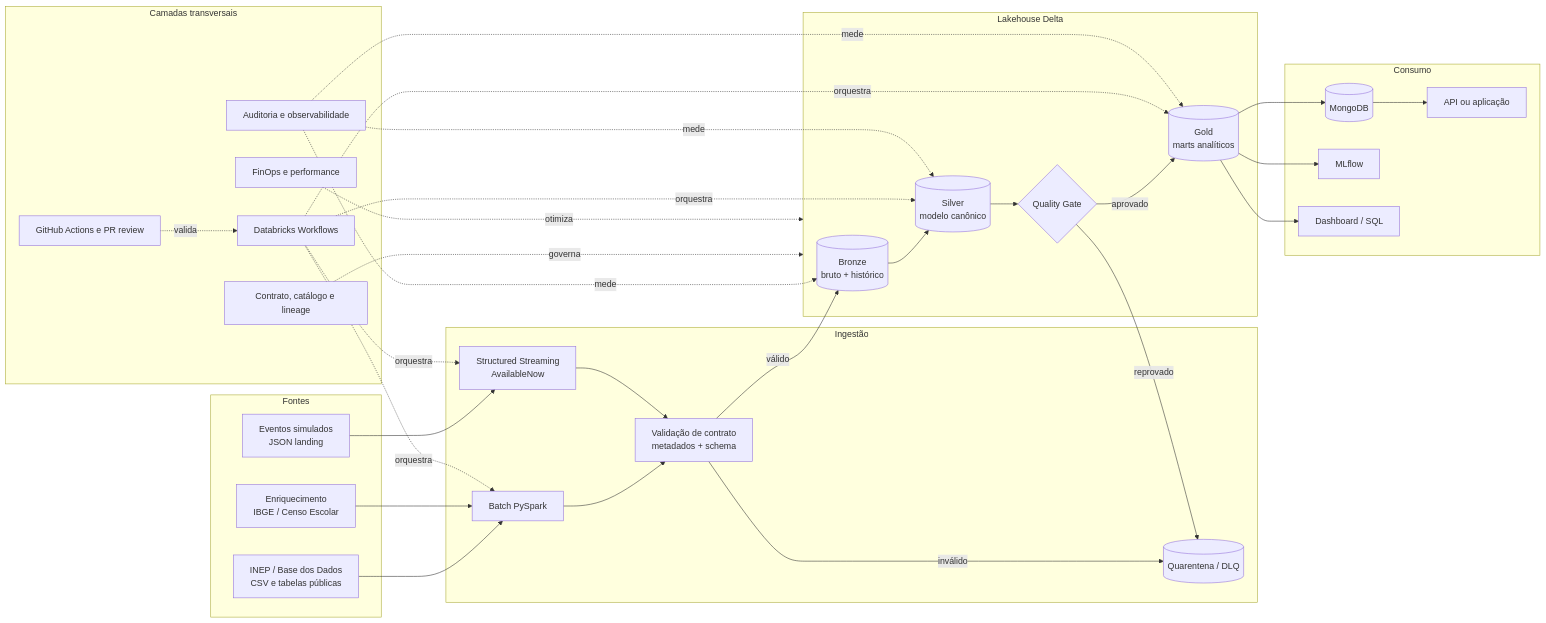
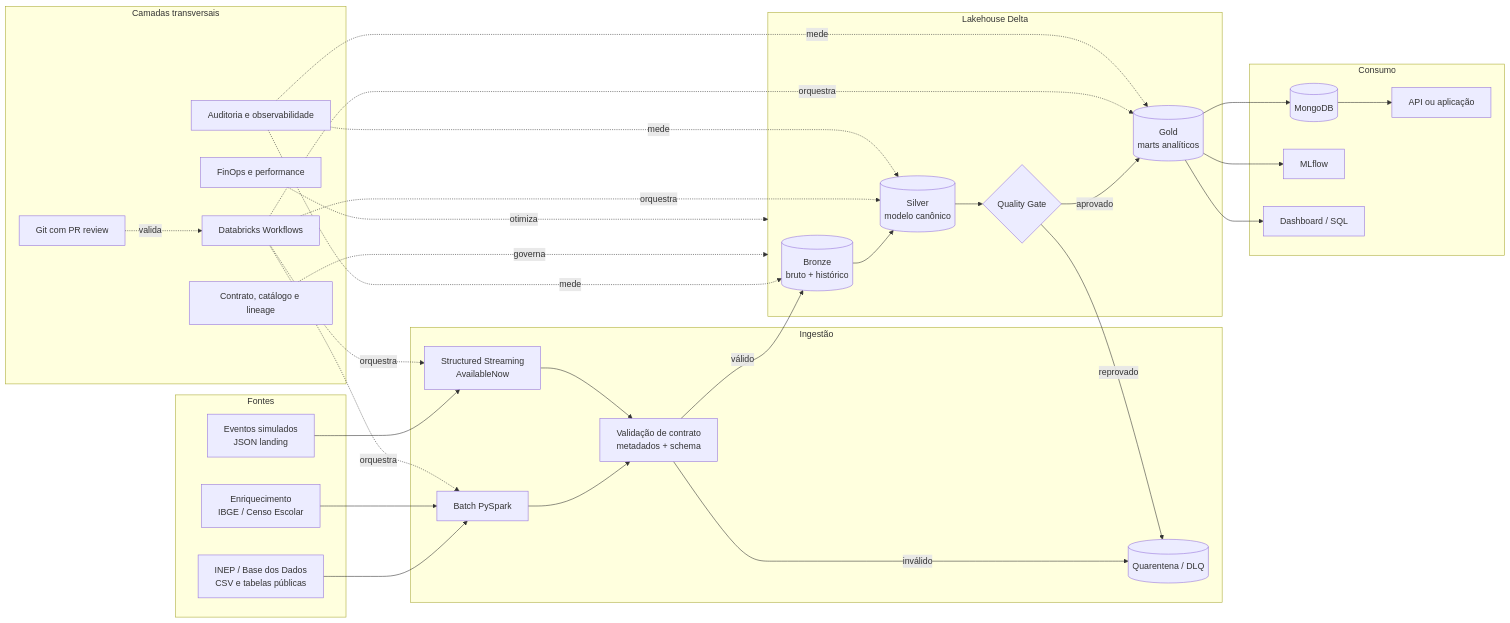
One commit to INSgustavo/tech-challenge-fase2-alfabetizacao changed the diagram in README.md. Above: the diagram before and after it, drawn with Mermaid. The commit also changed other lines of this file and 3 other files, not shown here.

````diff
--- a/README.md
+++ b/README.md
@@ -30,60 +51,60 @@
 ```mermaid
 flowchart LR
     subgraph S[Fontes]
         B[INEP / Base dos Dados\nCSV e tabelas públicas]
         E[Eventos simulados\nJSON landing]
         X[Enriquecimento\nIBGE / Censo Escolar]
     end
 
     subgraph I[Ingestão]
         IB[Batch PySpark]
         IS[Structured Streaming\nAvailableNow]
         C[Validação de contrato\nmetadados + schema]
         Q[(Quarentena / DLQ)]
     end
 
     subgraph L[Lakehouse Delta]
         BR[(Bronze\nbruto + histórico)]
         SI[(Silver\nmodelo canônico)]
         DQ{Quality Gate}
         GO[(Gold\nmarts analíticos)]
     end
 
     subgraph O[Consumo]
         MO[(MongoDB)]
         ML[MLflow]
         BI[Dashboard / SQL]
         API[API ou aplicação]
     end
 
     subgraph T[Camadas transversais]
         WF[Databricks Workflows]
         OB[Auditoria e observabilidade]
         GOV[Contrato, catálogo e lineage]
         FIN[FinOps e performance]
-        CICD[GitHub Actions e PR review]
+        CICD[Git com PR review]
     end
 
     B --> IB --> C
     X --> IB
     E --> IS --> C
     C -->|válido| BR
     C -->|inválido| Q
     BR --> SI --> DQ
     DQ -->|aprovado| GO
     DQ -->|reprovado| Q
     GO --> MO
     GO --> ML
     GO --> BI
     MO --> API
     WF -. orquestra .-> IB
     WF -. orquestra .-> IS
     WF -. orquestra .-> SI
     WF -. orquestra .-> GO
     OB -. mede .-> BR
     OB -. mede .-> SI
     OB -. mede .-> GO
     GOV -. governa .-> L
     FIN -. otimiza .-> L
     CICD -. valida .-> WF
 ```
````
